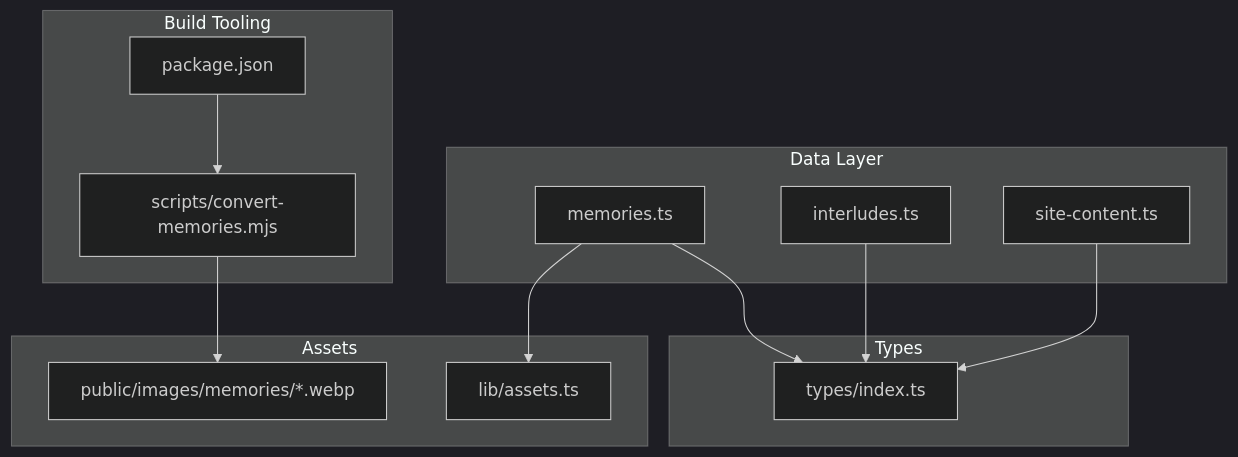
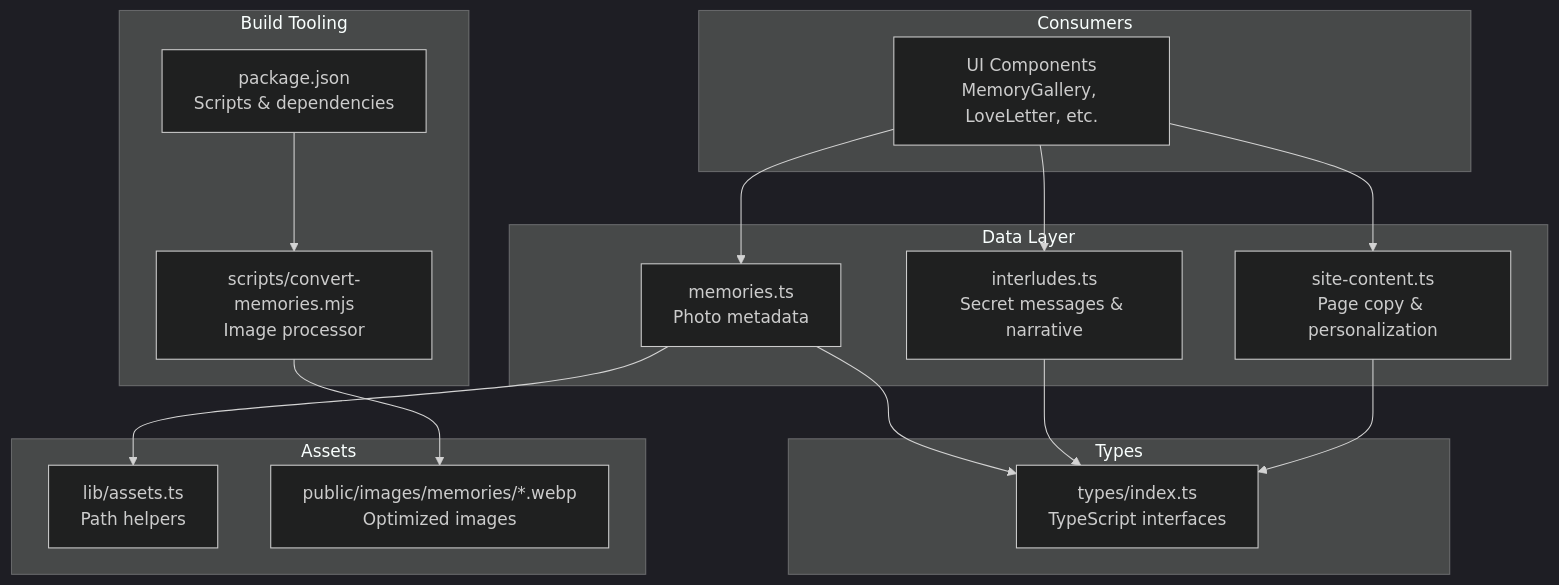
One commit to quangkiet1/anh-xin-loi changed the first of 10 diagrams in .qoder/repowiki/en/content/Implementation Guide/Data Management.md. Above: the diagram before and after it, drawn with Mermaid (dark theme). The commit also changed other lines of this file and 13 other files, not shown here.

````diff
--- a/.qoder/repowiki/en/content/Implementation Guide/Data Management.md
+++ b/.qoder/repowiki/en/content/Implementation Guide/Data Management.md
@@ -37,25 +47,31 @@
 ```mermaid
 graph TB
 subgraph "Data Layer"
-MEM["memories.ts"]
-INT["interludes.ts"]
-SITE["site-content.ts"]
+MEM["memories.ts<br/>Photo metadata"]
+INT["interludes.ts<br/>Secret messages & narrative"]
+SITE["site-content.ts<br/>Page copy & personalization"]
 end
 subgraph "Types"
-TYP["types/index.ts"]
+TYP["types/index.ts<br/>TypeScript interfaces"]
 end
 subgraph "Assets"
-AST["lib/assets.ts"]
-PUB["public/images/memories/*.webp"]
+AST["lib/assets.ts<br/>Path helpers"]
+PUB["public/images/memories/*.webp<br/>Optimized images"]
 end
 subgraph "Build Tooling"
-SCR["scripts/convert-memories.mjs"]
-PKG["package.json"]
+SCR["scripts/convert-memories.mjs<br/>Image processor"]
+PKG["package.json<br/>Scripts & dependencies"]
+end
+subgraph "Consumers"
+COMP["UI Components<br/>MemoryGallery, LoveLetter, etc."]
 end
 MEM --> TYP
 INT --> TYP
 SITE --> TYP
 MEM --> AST
 SCR --> PUB
 PKG --> SCR
+COMP --> MEM
+COMP --> INT
+COMP --> SITE
 ```
````
